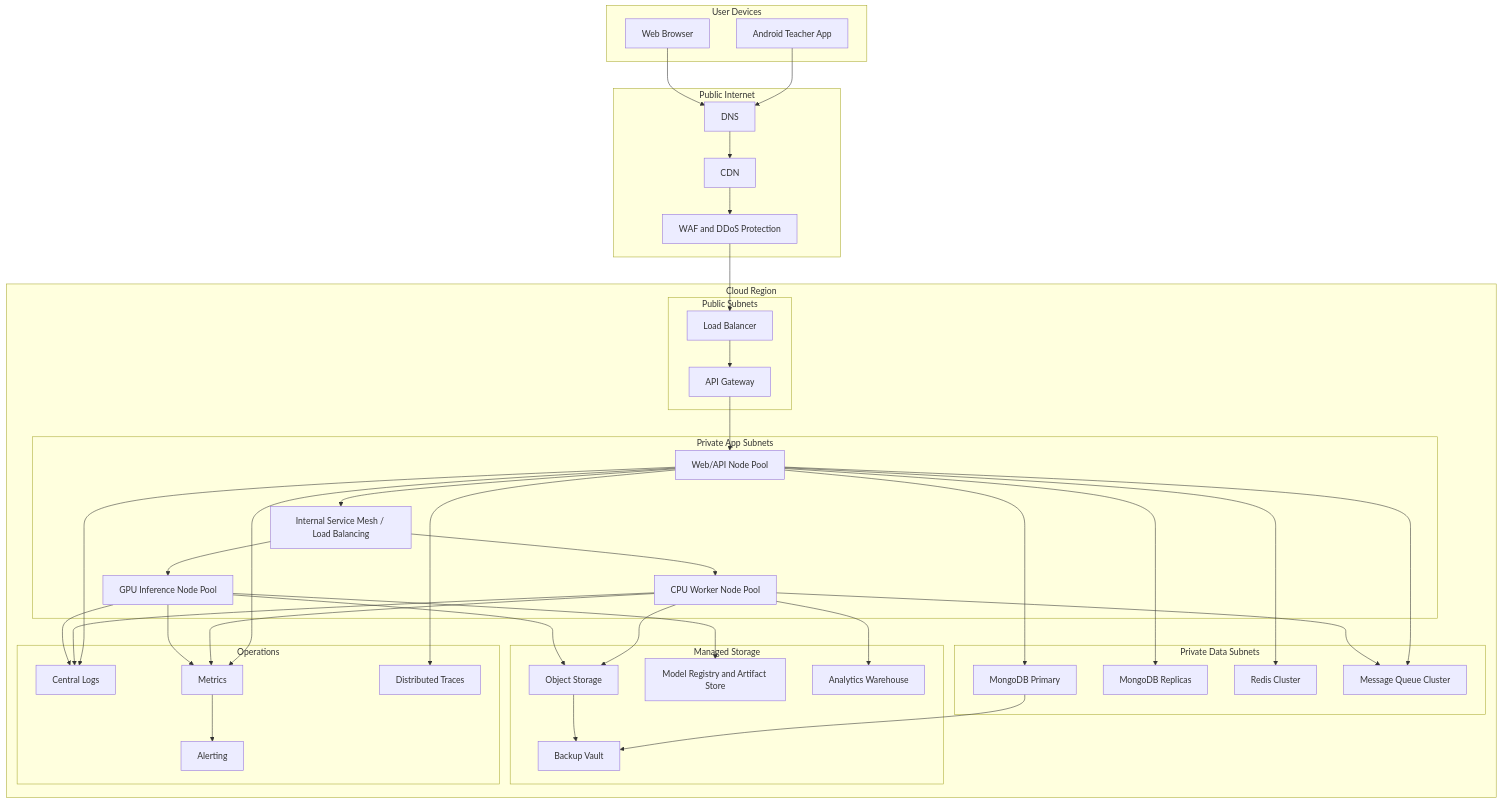
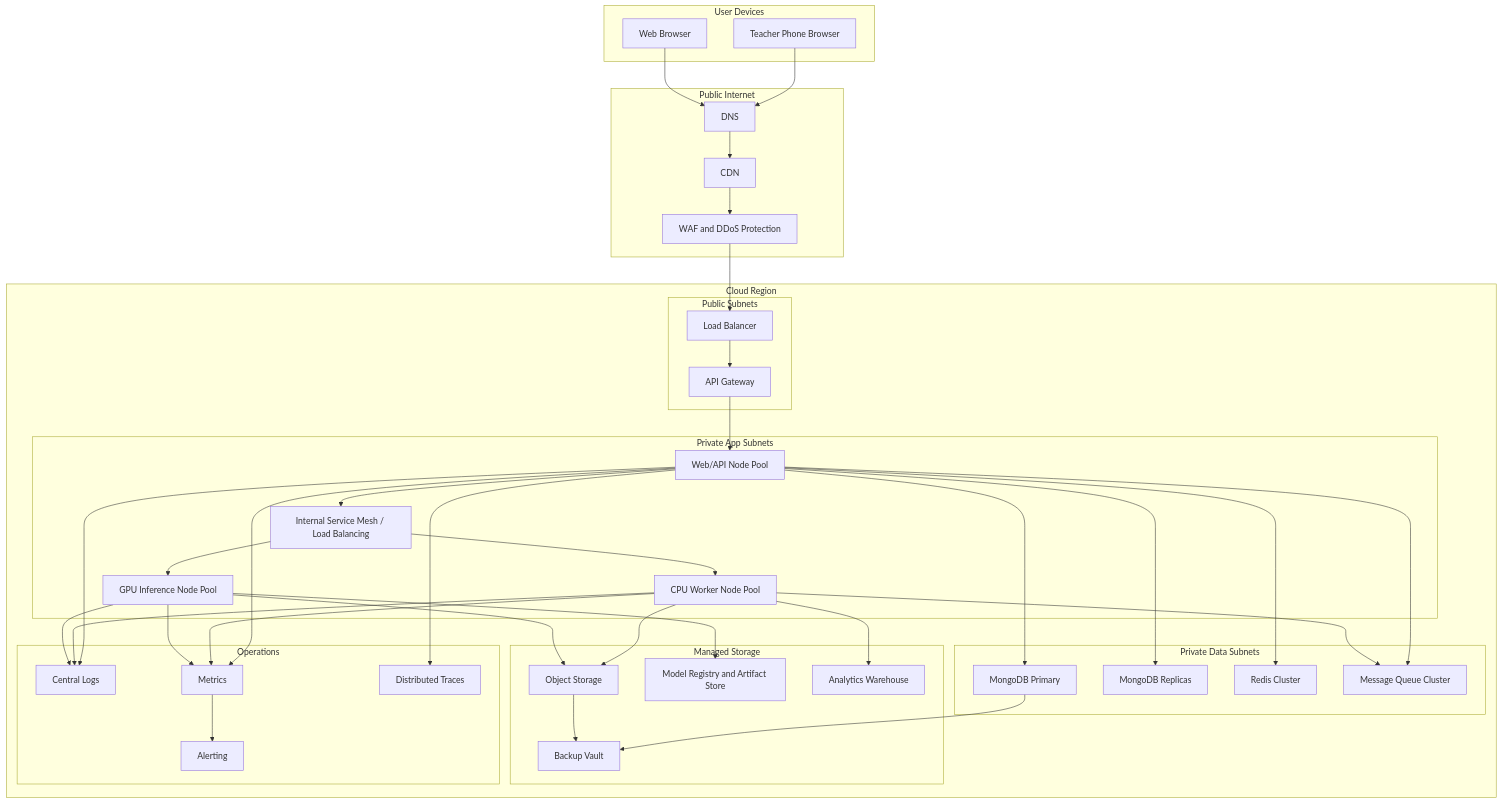
The fourth of 18 diagrams in ARCHITECTURE.md (RahulPrsad/fln), drawn with Mermaid before and after one commit. The commit also changed other lines of this file and 13 other files, not shown here.

````diff
--- a/ARCHITECTURE.md
+++ b/ARCHITECTURE.md
@@ -239,74 +239,74 @@
 ```mermaid
 flowchart TB
     subgraph UserDevices["User Devices"]
-        Android["Android Teacher App"]
+        TeacherBrowser["Teacher Phone Browser"]
         Browser["Web Browser"]
     end
 
     subgraph Internet["Public Internet"]
         DNS["DNS"]
         CDN["CDN"]
         WAF["WAF and DDoS Protection"]
     end
 
     subgraph Cloud["Cloud Region"]
         subgraph PublicSubnet["Public Subnets"]
             LB["Load Balancer"]
             APIGW["API Gateway"]
         end
 
         subgraph PrivateAppSubnet["Private App Subnets"]
             K8sWeb["Web/API Node Pool"]
             K8sWorkers["CPU Worker Node Pool"]
             K8sGPU["GPU Inference Node Pool"]
             InternalLB["Internal Service Mesh / Load Balancing"]
         end
 
         subgraph PrivateDataSubnet["Private Data Subnets"]
             MongoPrimary["MongoDB Primary"]
             MongoReplicas["MongoDB Replicas"]
             RedisCluster["Redis Cluster"]
             MQCluster["Message Queue Cluster"]
         end
 
         subgraph ManagedStorage["Managed Storage"]
             Obj["Object Storage"]
             Backup["Backup Vault"]
             ModelStore["Model Registry and Artifact Store"]
             Warehouse["Analytics Warehouse"]
         end
 
         subgraph Ops["Operations"]
             Logs["Central Logs"]
             Metrics["Metrics"]
             Traces["Distributed Traces"]
             Alerts["Alerting"]
         end
     end
 
-    Android --> DNS --> CDN --> WAF --> LB --> APIGW
+    TeacherBrowser --> DNS --> CDN --> WAF --> LB --> APIGW
     Browser --> DNS
     APIGW --> K8sWeb
     K8sWeb --> InternalLB
     InternalLB --> K8sWorkers
     InternalLB --> K8sGPU
     K8sWeb --> MongoPrimary
     K8sWeb --> MongoReplicas
     K8sWeb --> RedisCluster
     K8sWeb --> MQCluster
     K8sWorkers --> MQCluster
     K8sWorkers --> Obj
     K8sGPU --> Obj
     K8sGPU --> ModelStore
     K8sWorkers --> Warehouse
     MongoPrimary --> Backup
     Obj --> Backup
     K8sWeb --> Logs
     K8sWorkers --> Logs
     K8sGPU --> Logs
     K8sWeb --> Metrics
     K8sWorkers --> Metrics
     K8sGPU --> Metrics
     Metrics --> Alerts
     K8sWeb --> Traces
 ```
````
